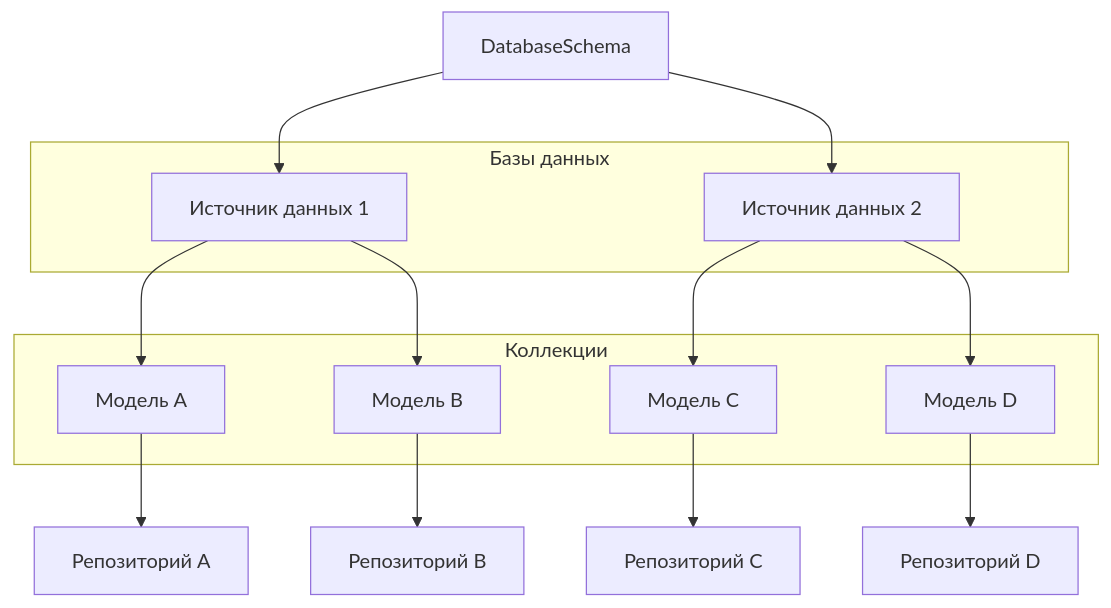
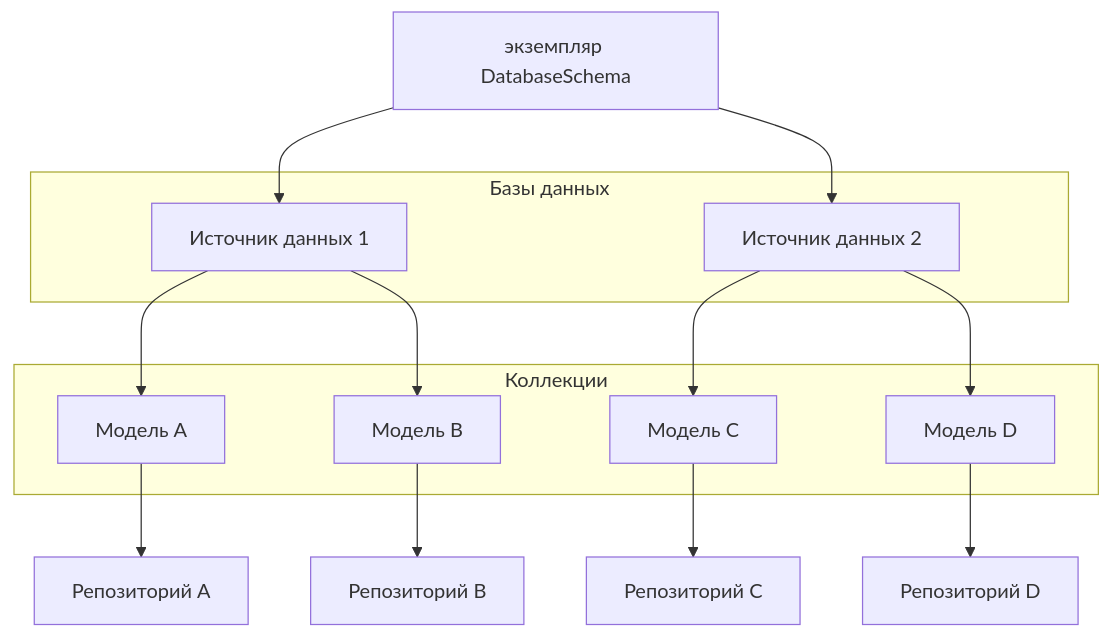
Before and after one commit to e22m4u/js-repository: the diagram in README.md, drawn with Mermaid.

````diff
--- a/README.md
+++ b/README.md
@@ -101,31 +101,31 @@
 ```mermaid
 flowchart TD
 
-  A[DatabaseSchema]
+  A[экземпляр DatabaseSchema]
   subgraph Базы данных
     B[Источник данных 1]
     C[Источник данных 2]
   end
   A-->B
   A-->C
 
   subgraph Коллекции
     D[Модель A]
     E[Модель B]
     F[Модель C]
     G[Модель D]
   end
   B-->D
   B-->E
   C-->F
   C-->G
 
   H[Репозиторий A]
   I[Репозиторий B]
   J[Репозиторий C]
   K[Репозиторий D]
   D-->H
   E-->I
   F-->J
   G-->K
 ```
````
